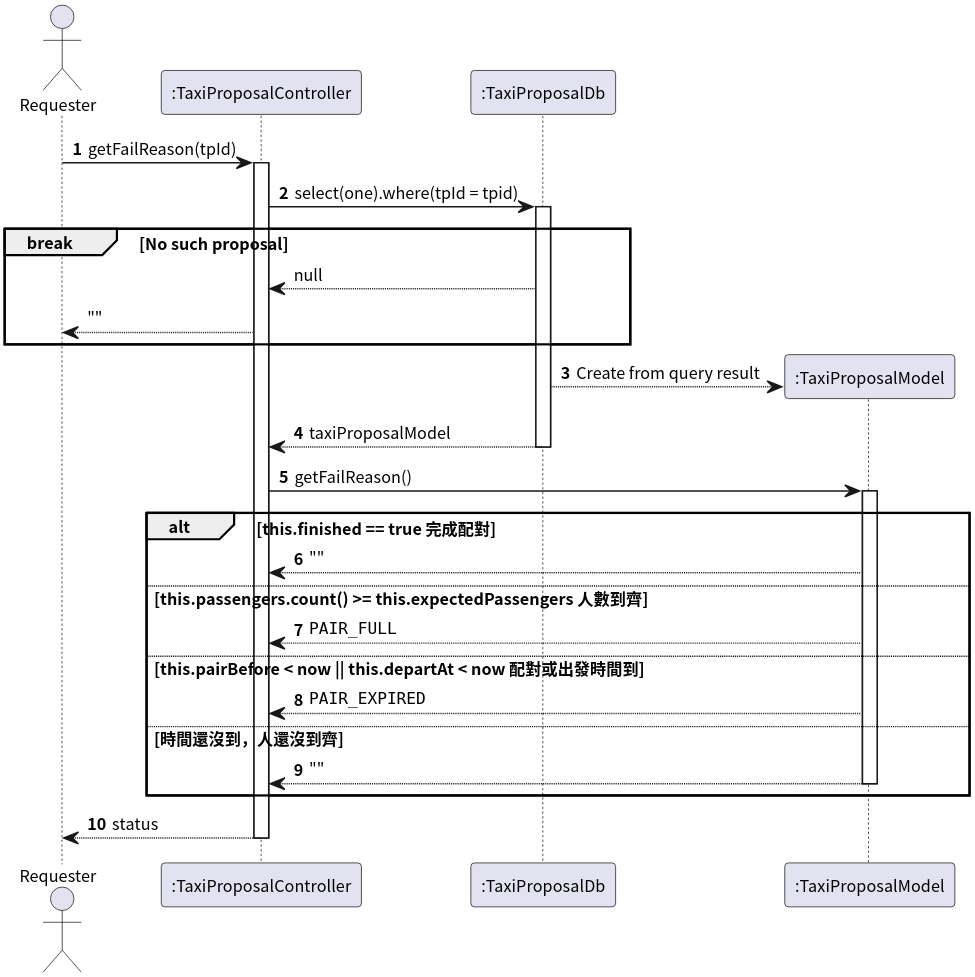
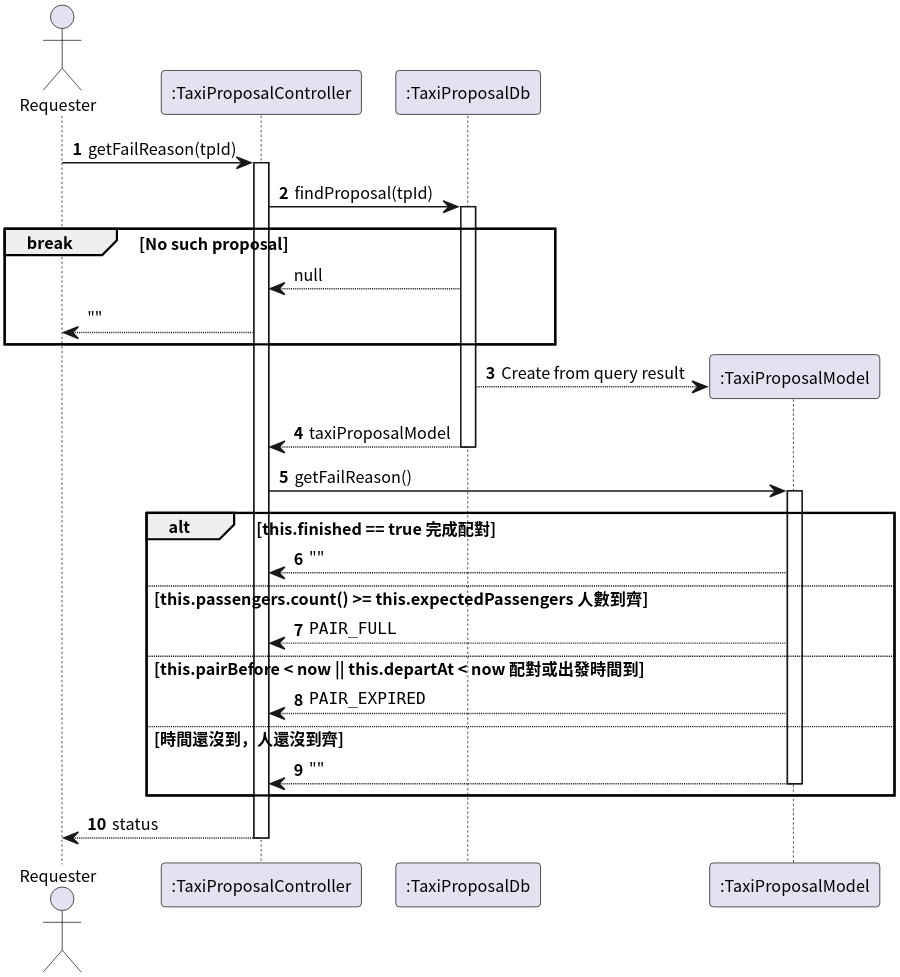
One commit to pan93412/nkust-homework changed the third of 6 diagrams in semester-4/system-analysis/sequence-diagram.plantuml. Above: the diagram before and after it, drawn with PlantUML. The commit also changed other lines of this file and 1 other file, not shown here.

Commit message:
s4: system-analysis: update diagram

```diff
--- a/semester-4/system-analysis/sequence-diagram.plantuml
+++ b/semester-4/system-analysis/sequence-diagram.plantuml
@@ -80,43 +75,43 @@
 @startuml TaxiProposalGetFailReason
 
 autonumber
 skinparam dpi 300
 skinparam linetype ortho
 skinparam defaultFontSize 11
 skinparam defaultFontName "Noto Sans CJK TC"
 
 actor Requester as "Requester"
 participant TaxiProposalController as ":TaxiProposalController"
 participant TaxiProposalDb as ":TaxiProposalDb"
 
 Requester -> TaxiProposalController ++: getFailReason(tpId)
 
-TaxiProposalController -> TaxiProposalDb ++: select(one).where(tpId = tpid)
+TaxiProposalController -> TaxiProposalDb ++: findProposal(tpId)
 
 break No such proposal
     autonumber stop
     TaxiProposalController <-- TaxiProposalDb: null
     Requester <-- TaxiProposalController: ""
 end
 
 autonumber resume
 
 create participant TaxiProposalModel as ":TaxiProposalModel"
 TaxiProposalDb --> TaxiProposalModel: Create from query result
 return taxiProposalModel
 
 TaxiProposalController -> TaxiProposalModel ++: getFailReason()
 
 alt this.finished == true 完成配對
     TaxiProposalController <-- TaxiProposalModel: ""
 else this.passengers.count() >= this.expectedPassengers 人數到齊
     TaxiProposalController <-- TaxiProposalModel: ""PAIR_FULL""
 else this.pairBefore < now || this.departAt < now 配對或出發時間到
     TaxiProposalController <-- TaxiProposalModel: ""PAIR_EXPIRED""
 else 時間還沒到，人還沒到齊
     TaxiProposalController <-- TaxiProposalModel --: ""
 end
 
 return status
 
 @enduml TaxiProposalGetFailReason
```
